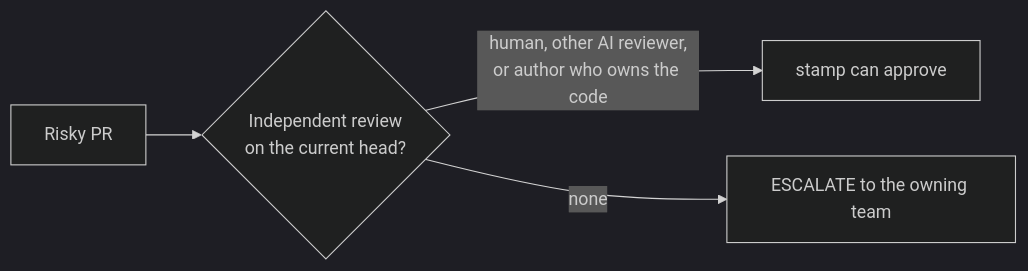
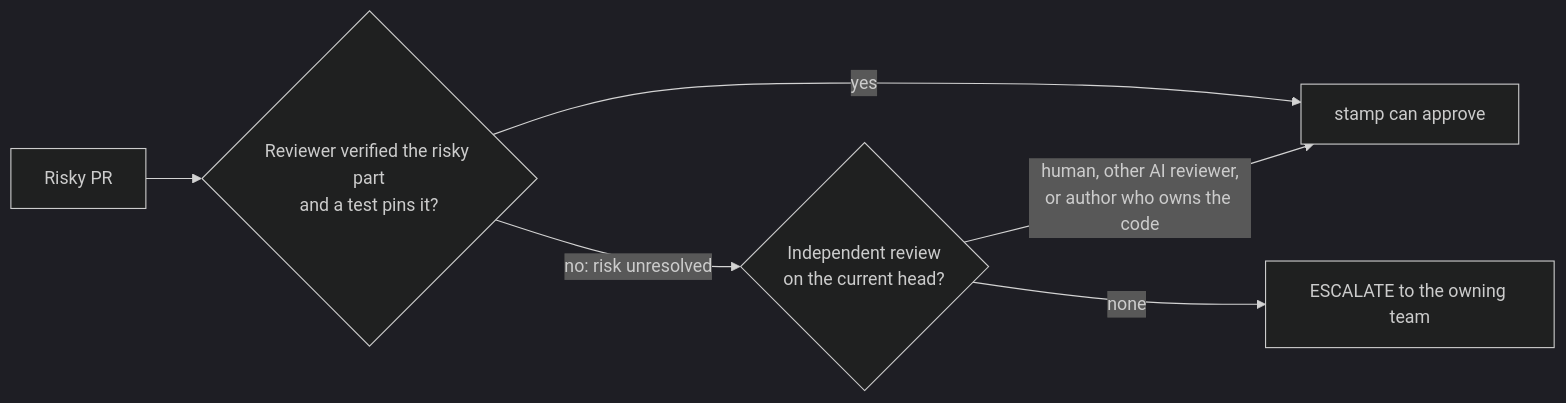
The diagram in docs/src/content/docs/guides/team-adoption.md (jagreehal/stamp), drawn with Mermaid (dark theme) before and after one commit. The commit also changed other lines of this file and 35 other files, not shown here.

````diff
--- a/docs/src/content/docs/guides/team-adoption.md
+++ b/docs/src/content/docs/guides/team-adoption.md
@@ -11,6 +11,8 @@
 ```mermaid
 flowchart LR
-    R[Risky PR] --> Q{Independent review<br/>on the current head?}
-    Q -- "human, other AI reviewer,<br/>or author who owns the code" --> OK[stamp can approve]
+    R[Risky PR] --> V{Reviewer verified the risky part<br/>and a test pins it?}
+    V -- yes --> OK[stamp can approve]
+    V -- "no: risk unresolved" --> Q{Independent review<br/>on the current head?}
+    Q -- "human, other AI reviewer,<br/>or author who owns the code" --> OK
     Q -- none --> E[ESCALATE to the owning team]
 ```
````
